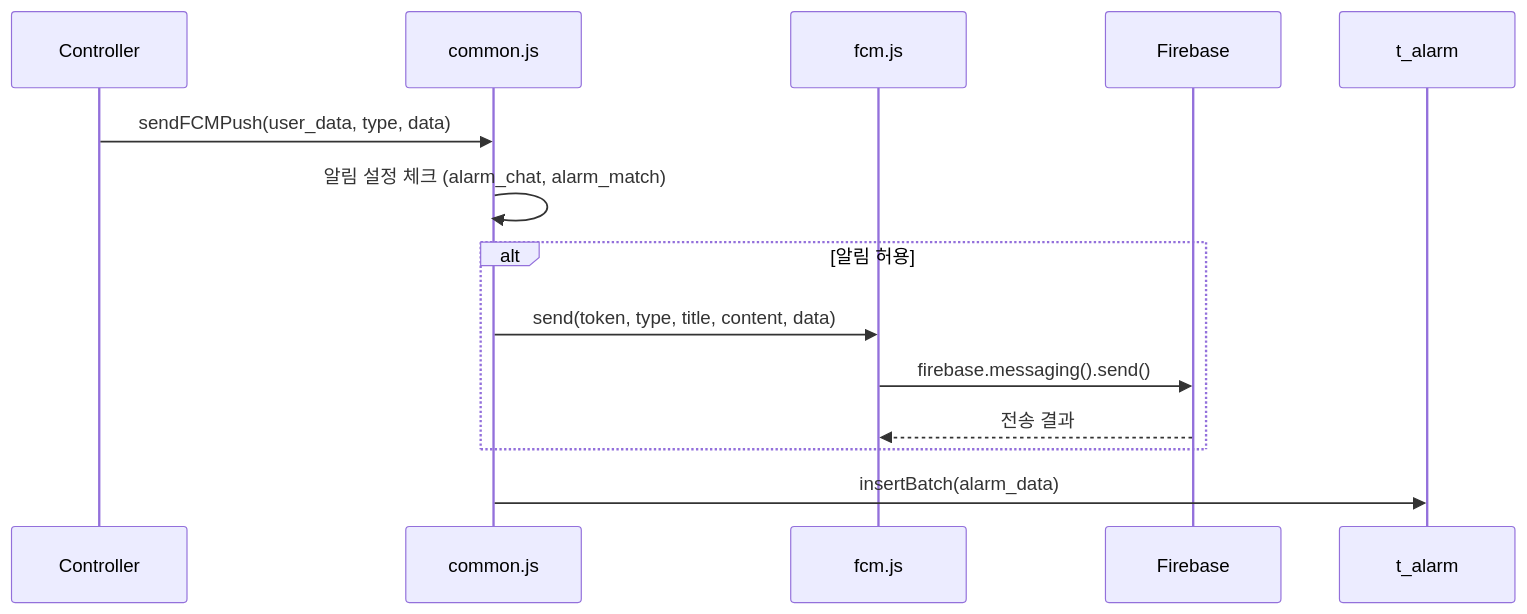
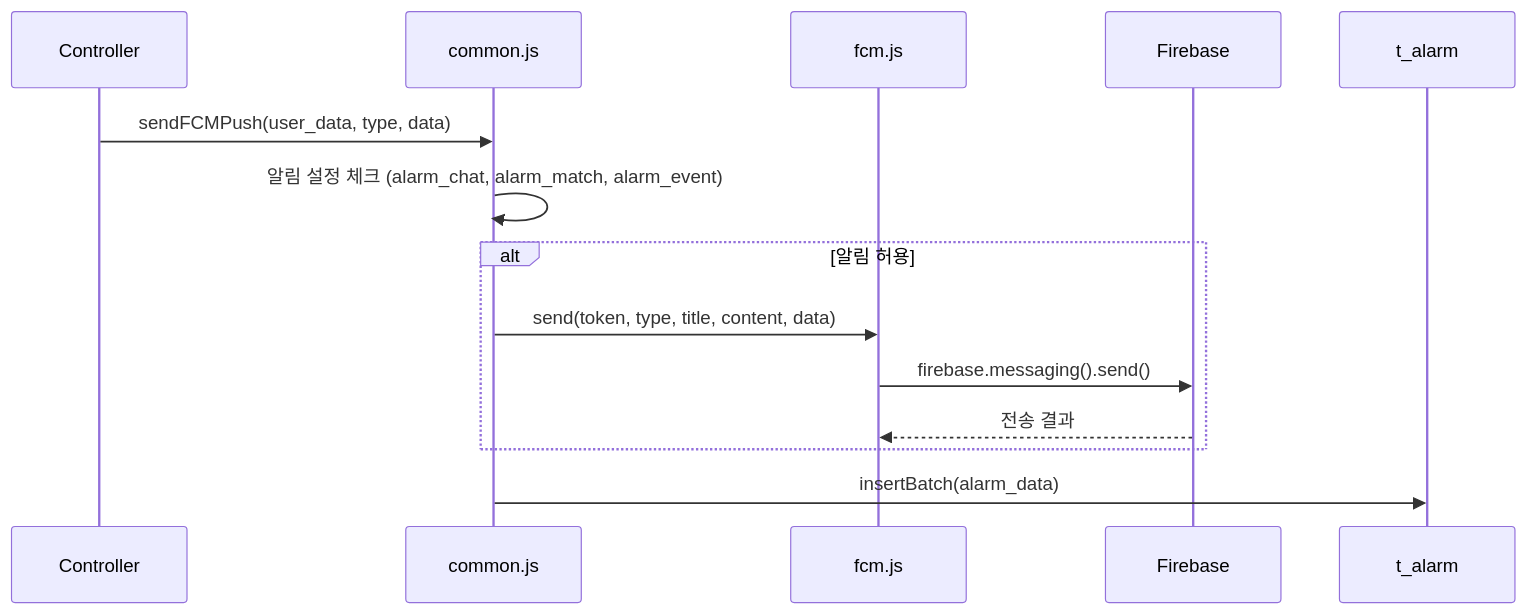
The diagram in content/architecture/push-notification.md (coupler-developer/docs), drawn with Mermaid before and after one commit. The commit also changed other lines of this file and 10 other files, not shown here.

````diff
--- a/content/architecture/push-notification.md
+++ b/content/architecture/push-notification.md
@@ -87,17 +104,17 @@
 ```mermaid
 sequenceDiagram
     participant C as Controller
     participant Common as common.js
     participant FCM as fcm.js
     participant Firebase as Firebase
     participant DB as t_alarm
 
     C->>Common: sendFCMPush(user_data, type, data)
-    Common->>Common: 알림 설정 체크 (alarm_chat, alarm_match)
+    Common->>Common: 알림 설정 체크 (alarm_chat, alarm_match, alarm_event)
     alt 알림 허용
         Common->>FCM: send(token, type, title, content, data)
         FCM->>Firebase: firebase.messaging().send()
         Firebase-->>FCM: 전송 결과
     end
     Common->>DB: insertBatch(alarm_data)
 ```
````
